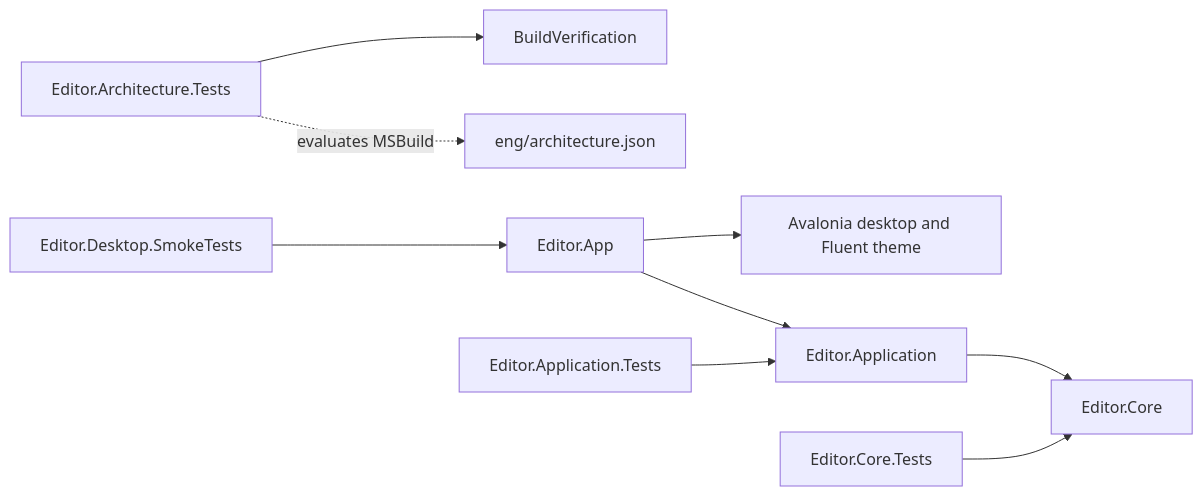
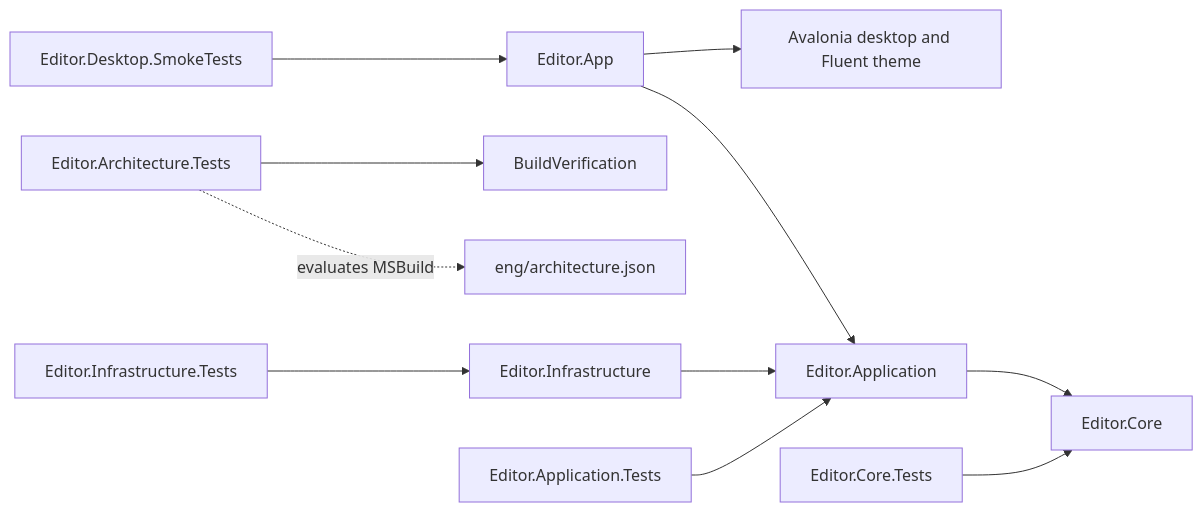
One commit to daniel-kindl/tangopad changed the diagram in docs/architecture.md. Above: the diagram before and after it, drawn with Mermaid. The commit also changed other lines of this file and 11 other files, not shown here.

````diff
--- a/docs/architecture.md
+++ b/docs/architecture.md
@@ -12,11 +12,13 @@
 ```mermaid
 flowchart LR
     App[Editor.App] --> Application[Editor.Application]
     Application --> Core[Editor.Core]
+    Infrastructure[Editor.Infrastructure] --> Application
     App --> Avalonia[Avalonia desktop and Fluent theme]
     ArchitectureTests[Editor.Architecture.Tests] -. evaluates MSBuild .-> Policy[eng/architecture.json]
     ArchitectureTests --> BuildVerification[BuildVerification]
     ApplicationTests[Editor.Application.Tests] --> Application
     CoreTests[Editor.Core.Tests] --> Core
+    InfrastructureTests[Editor.Infrastructure.Tests] --> Infrastructure
     SmokeTests[Editor.Desktop.SmokeTests] --> App
 ```
````
